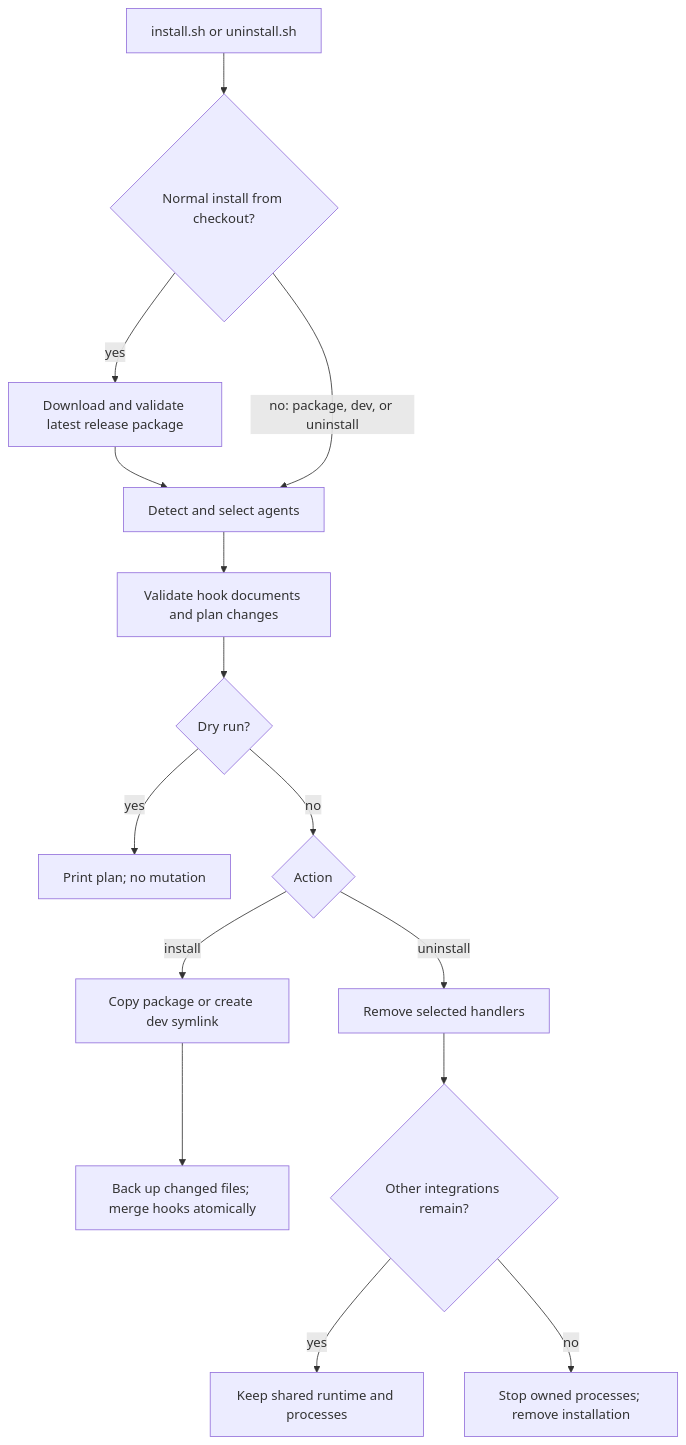
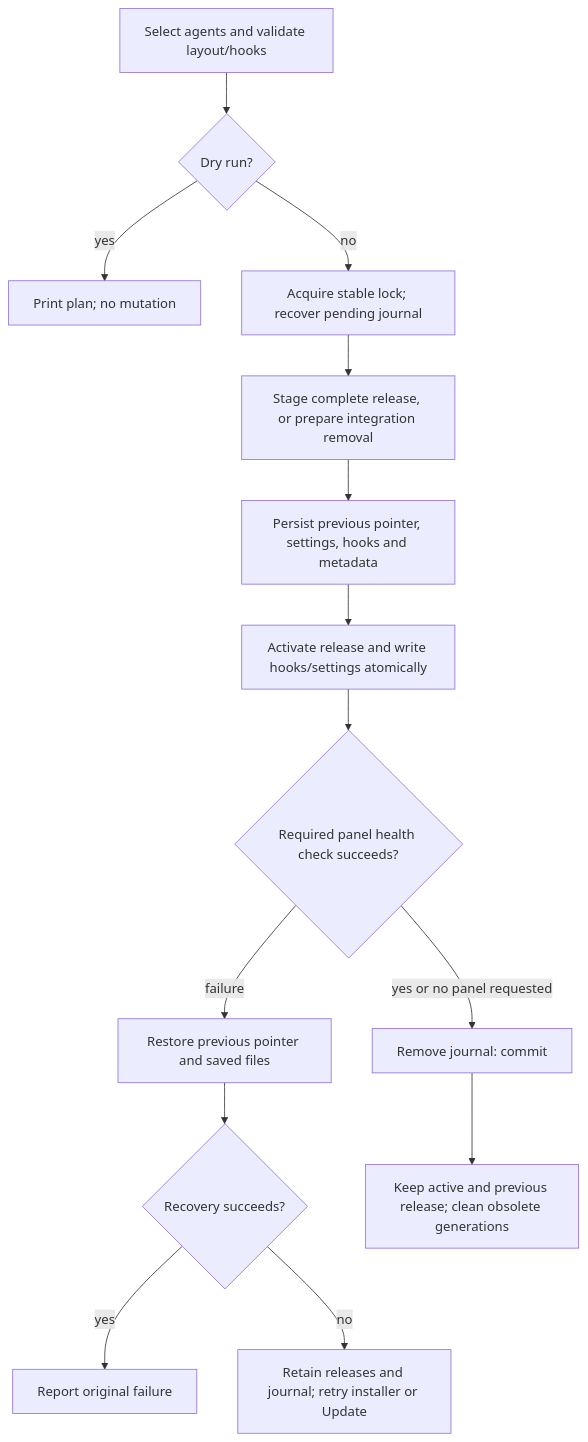
One commit to zorhay/code-gossip changed the sixth of 7 diagrams in ARCHITECTURE.md. Above: the diagram before and after it, drawn with Mermaid. The commit also changed other lines of this file and 35 other files, not shown here.

````diff
--- a/ARCHITECTURE.md
+++ b/ARCHITECTURE.md
@@ -288,17 +288,16 @@
 ```mermaid
 flowchart TD
-    Entry[install.sh or uninstall.sh] --> Source{Normal install from checkout?}
-    Source -->|yes| Package[Download and validate latest release package]
-    Package --> Select[Detect and select agents]
-    Source -->|no: package, dev, or uninstall| Select
-    Select --> Validate[Validate hook documents and plan changes]
-    Validate --> Dry{Dry run?}
+    Entry[Select agents and validate layout/hooks] --> Dry{Dry run?}
     Dry -->|yes| Report[Print plan; no mutation]
-    Dry -->|no| Action{Action}
-    Action -->|install| Files[Copy package or create dev symlink]
-    Files --> Hooks[Back up changed files; merge hooks atomically]
-    Action -->|uninstall| Remove[Remove selected handlers]
-    Remove --> Remaining{Other integrations remain?}
-    Remaining -->|yes| Keep[Keep shared runtime and processes]
-    Remaining -->|no| Cleanup[Stop owned processes; remove installation]
+    Dry -->|no| Lock[Acquire stable lock; recover pending journal]
+    Lock --> Stage[Stage complete release, or prepare integration removal]
+    Stage --> Journal[Persist previous pointer, settings, hooks and metadata]
+    Journal --> Apply[Activate release and write hooks/settings atomically]
+    Apply --> Verify{Required panel health check succeeds?}
+    Verify -->|yes or no panel requested| Commit[Remove journal: commit]
+    Verify -->|failure| Recover[Restore previous pointer and saved files]
+    Recover --> Retry{Recovery succeeds?}
+    Retry -->|yes| Failed[Report original failure]
+    Retry -->|no| Pending[Retain releases and journal; retry installer or Update]
+    Commit --> Cleanup[Keep active and previous release; clean obsolete generations]
 ```
````
